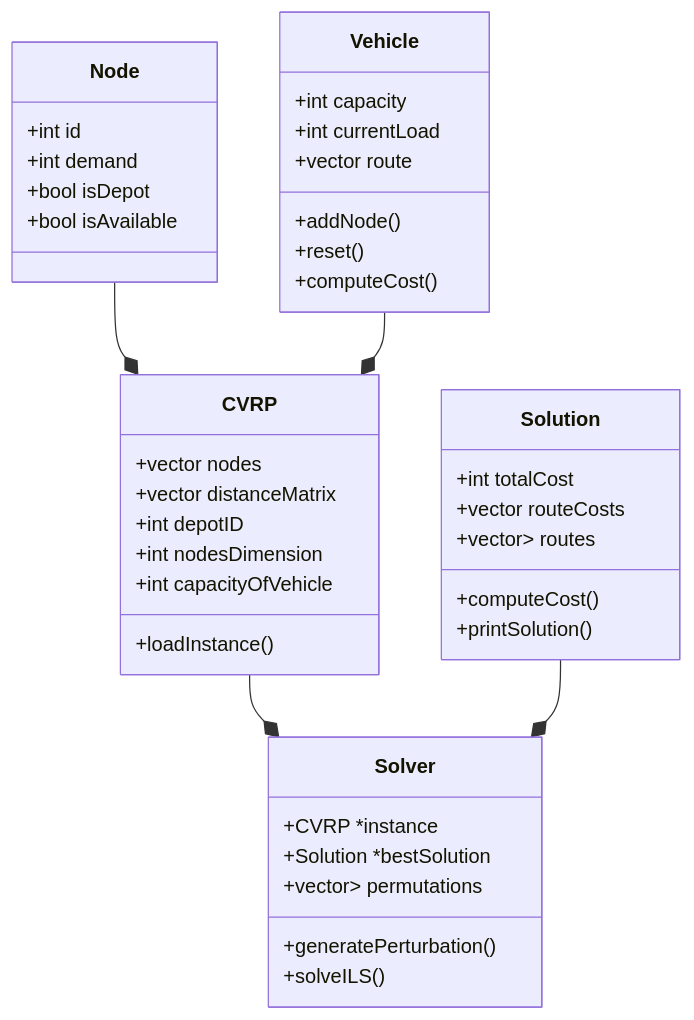
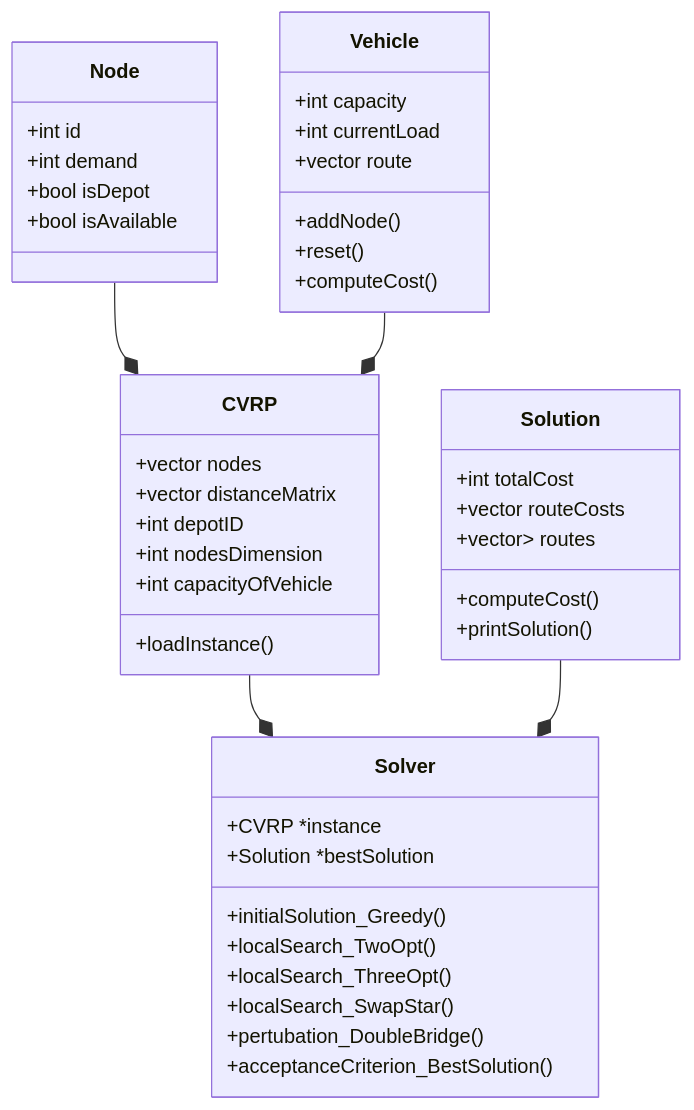
One commit to IsaacKosloski/CapacitatedVehicleRoutingProblem-ILS changed the second of 3 diagrams in README.md. Above: the diagram before and after it, drawn with Mermaid. The commit also changed other lines of this file, not shown here.

````diff
--- a/README.md
+++ b/README.md
@@ -84,48 +598,51 @@
 ```mermaid
 classDiagram
     class Node {
         +int id
         +int demand
         +bool isDepot
         +bool isAvailable
     }
-    
+
     class Vehicle {
         +int capacity
         +int currentLoad
         +vector<int> route
         +addNode()
         +reset()
         +computeCost()
     }
 
     class CVRP {
-        +vector<Node> nodes 
-        +vector<double> distanceMatrix 
+        +vector<Node> nodes
+        +vector<double> distanceMatrix
         +int depotID
-        +int nodesDimension 
-        +int capacityOfVehicle 
+        +int nodesDimension
+        +int capacityOfVehicle
         +loadInstance()
     }
 
     class Solution {
         +int totalCost
         +vector<double> routeCosts
         +vector<vector<int>> routes
         +computeCost()
         +printSolution()
     }
 
     class Solver {
         +CVRP *instance
         +Solution *bestSolution
-        +vector<vector<Node>> permutations
-        +generatePerturbation()
-        +solveILS()
+        +initialSolution_Greedy()
+        +localSearch_TwoOpt()
+        +localSearch_ThreeOpt()
+        +localSearch_SwapStar()
+        +pertubation_DoubleBridge()
+        +acceptanceCriterion_BestSolution()
     }
-    
+
     Node --* CVRP
     Vehicle --* CVRP
     CVRP --* Solver
     Solution --* Solver
 ```
````
